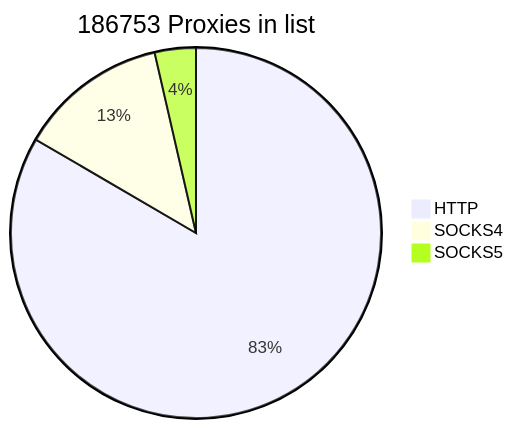
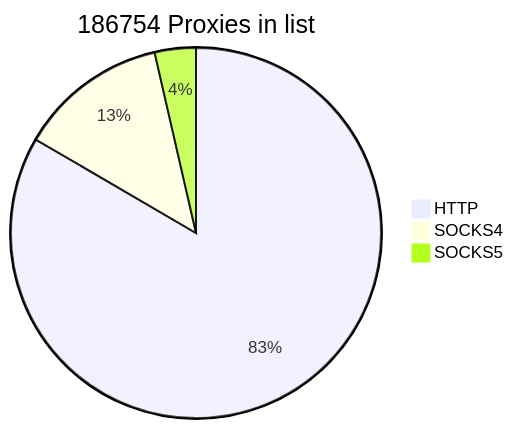
One commit to cutipu/proxylist changed the first of 2 diagrams in README.md. Above: the diagram before and after it, drawn with Mermaid. The commit also changed other lines of this file, not shown here.

````diff
--- a/README.md
+++ b/README.md
@@ -2,7 +2,7 @@
 ```mermaid
-pie title 186753 Proxies in list
+pie title 186754 Proxies in list
     "HTTP" : 155760
-    "SOCKS4" : 24288
+    "SOCKS4" : 24289
     "SOCKS5" : 6705
             
 ```
````
